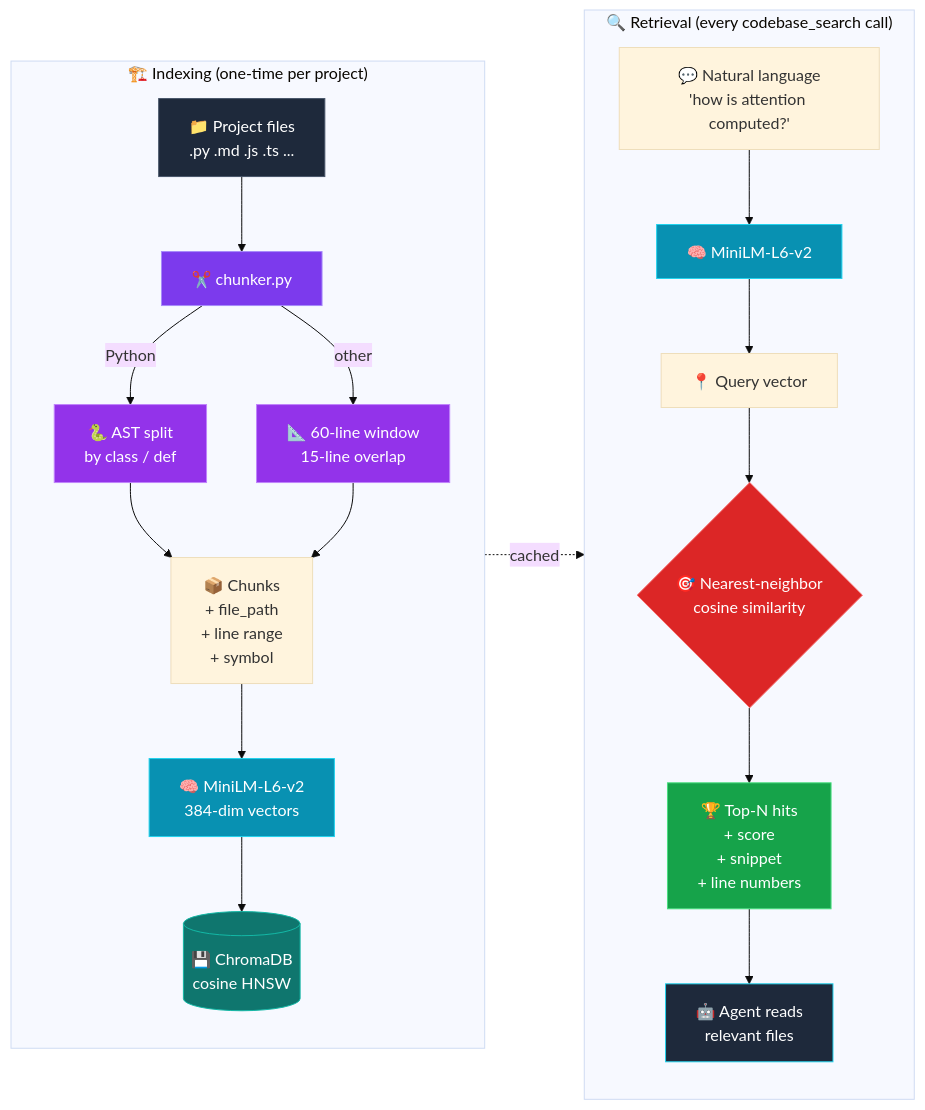
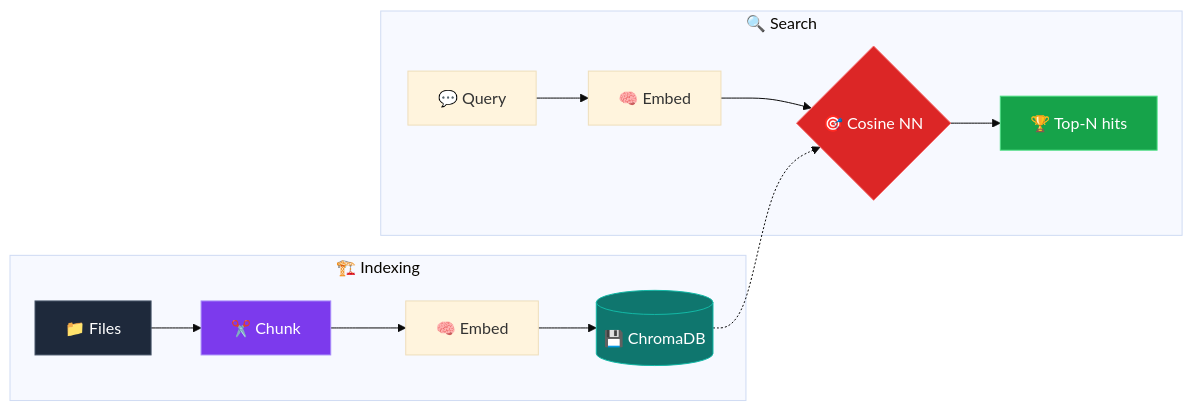
The fourth of 4 diagrams in README.md (switin2006/CodeCopilot), drawn with Mermaid (base theme) before and after one commit. The commit also changed other lines of this file, not shown here.

Commit message:
fix: simpler mermaid diagrams, escape parser-breaking chars

````diff
--- a/README.md
+++ b/README.md
@@ -285,34 +229,21 @@
 ```mermaid
 flowchart LR
-    subgraph Indexing["🏗️ Indexing  (one-time per project)"]
-        direction TB
-        Files[📁 Project files<br/>.py .md .js .ts ...] --> Chunker[✂️ chunker.py]
-        Chunker -->|Python| AST[🐍 AST split<br/>by class / def]
-        Chunker -->|other| Window[📐 60-line window<br/>15-line overlap]
-        AST --> Pieces[📦 Chunks<br/>+ file_path<br/>+ line range<br/>+ symbol]
-        Window --> Pieces
-        Pieces --> Embed1[🧠 MiniLM-L6-v2<br/>384-dim vectors]
-        Embed1 --> Store[(💾 ChromaDB<br/>cosine HNSW)]
+    subgraph Index["🏗️ Indexing"]
+        Files[📁 Files] --> Chunk[✂️ Chunk]
+        Chunk --> Emb1[🧠 Embed]
+        Emb1 --> DB[(💾 ChromaDB)]
     end
 
-    subgraph Retrieval["🔍 Retrieval  (every codebase_search call)"]
-        direction TB
-        Query[💬 Natural language<br/>'how is attention computed?'] --> Embed2[🧠 MiniLM-L6-v2]
-        Embed2 --> Vec[📍 Query vector]
-        Vec --> Search{🎯 Nearest-neighbor<br/>cosine similarity}
-        Store -.cached.-> Search
-        Search --> TopN[🏆 Top-N hits<br/>+ score<br/>+ snippet<br/>+ line numbers]
-        TopN --> Agent[🤖 Agent reads<br/>relevant files]
+    subgraph Search["🔍 Search"]
+        Q[💬 Query] --> Emb2[🧠 Embed]
+        Emb2 --> Find{🎯 Cosine NN}
+        DB -.-> Find
+        Find --> Top[🏆 Top-N hits]
     end
 
     style Files fill:#1e293b,stroke:#475569,color:#fff
-    style Chunker fill:#7c3aed,stroke:#a78bfa,color:#fff
-    style AST fill:#9333ea,stroke:#c084fc,color:#fff
-    style Window fill:#9333ea,stroke:#c084fc,color:#fff
-    style Embed1 fill:#0891b2,stroke:#22d3ee,color:#fff
-    style Embed2 fill:#0891b2,stroke:#22d3ee,color:#fff
-    style Store fill:#0f766e,stroke:#14b8a6,color:#fff
-    style Search fill:#dc2626,stroke:#f87171,color:#fff
-    style TopN fill:#16a34a,stroke:#4ade80,color:#fff
-    style Agent fill:#1e293b,stroke:#22d3ee,color:#fff
+    style Chunk fill:#7c3aed,stroke:#a78bfa,color:#fff
+    style DB fill:#0f766e,stroke:#14b8a6,color:#fff
+    style Find fill:#dc2626,stroke:#f87171,color:#fff
+    style Top fill:#16a34a,stroke:#4ade80,color:#fff
 ```
````
